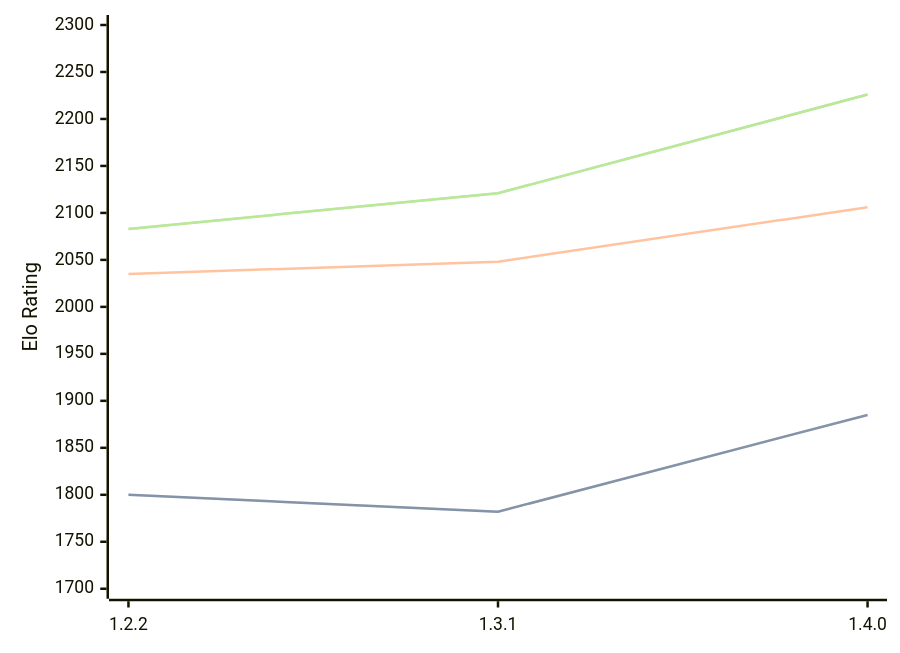
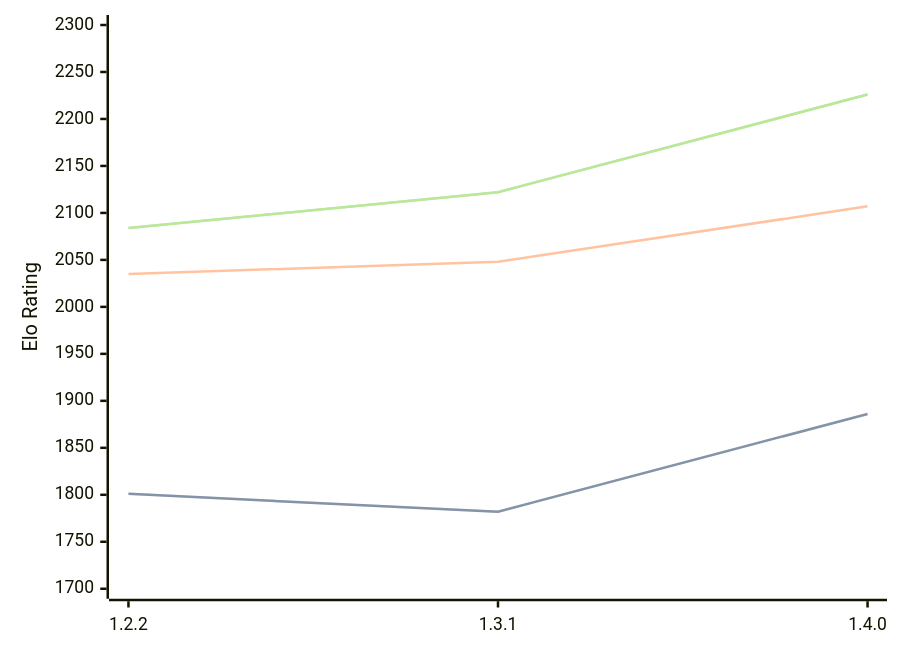
Before and after one commit to computer-chess-index/cci: the diagram in engines/SoloEngine.md, drawn with Mermaid. The commit also changed other lines of this file, not shown here.

Commit message:
Update CCI Ratings (ELO VLTC) - 2026-02-24

````diff
--- a/engines/SoloEngine.md
+++ b/engines/SoloEngine.md
@@ -30,11 +31,11 @@
 ```mermaid
 %%{init: {"theme":"base","themeVariables":{"seriesColors:['#a3a3a3','#222221','#faa371']}}}%%
 xychart-beta
   x-axis ["1.2.2", "1.3.1", "1.4.0"]
   y-axis "Elo Rating" 1700 --> 2300
-  line "STC (8.0+0.08s)" [1800, 1782, 1885]
-  line "STC (8.0+0.08s)" [1800, 1782, 1885]
-  line "LTC (60.0+0.60s)" [2035, 2048, 2106]
-  line "VLTC (2m24s+1.12s)" [2083, 2121, 2226]
-  line "VLTC (2m24s+1.12s)" [2083, 2121, 2226]
+  line "STC (8.0+0.08s)" [1801, 1782, 1886]
+  line "STC (8.0+0.08s)" [1801, 1782, 1886]
+  line "LTC (60.0+0.60s)" [2035, 2048, 2107]
+  line "VLTC (2m24s+1.12s)" [2084, 2122, 2226]
+  line "VLTC (2m24s+1.12s)" [2084, 2122, 2226]
 ```
````
